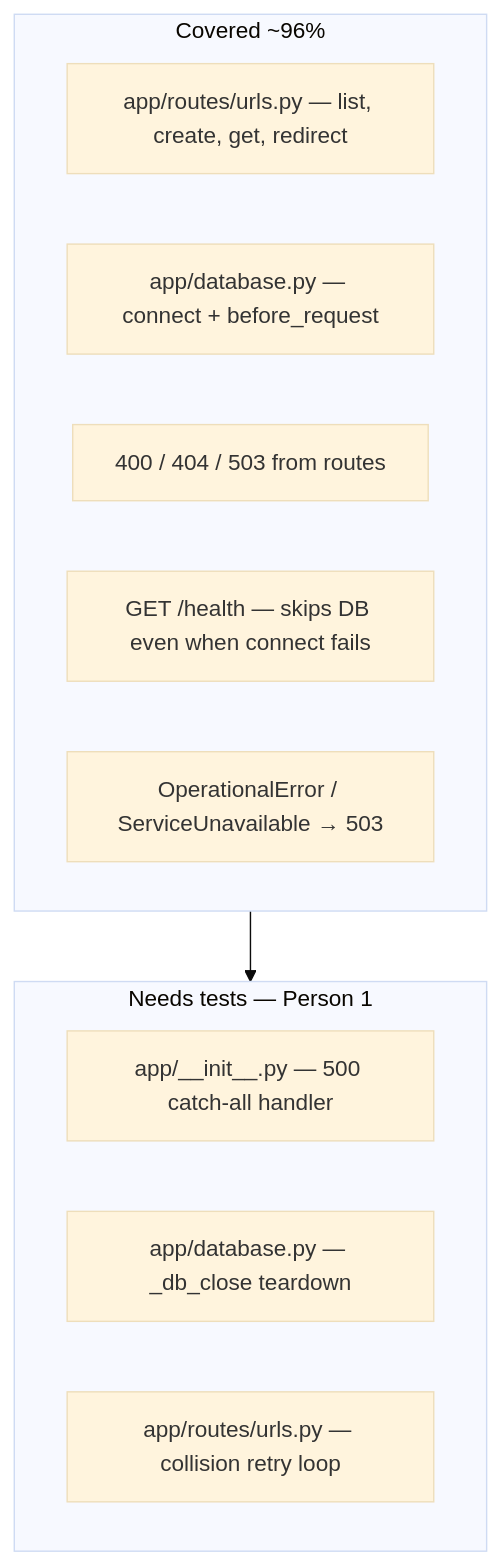
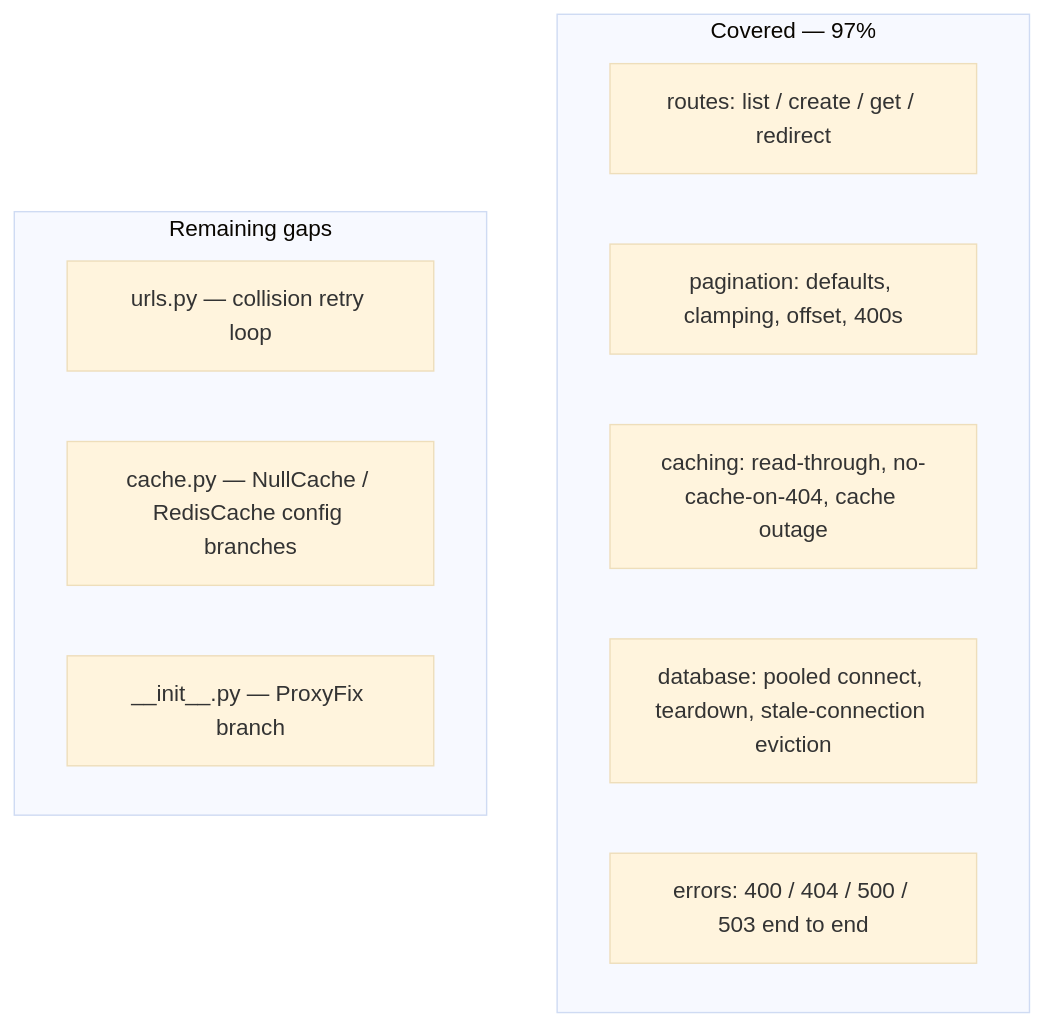
The diagram in docs/coverage-gaps-for-person-1.md (MartinLam12/PE-Hackathon-Template-2026), drawn with Mermaid (base theme) before and after one commit. The commit also changed other lines of this file and 5 other files, not shown here.

````diff
--- a/docs/coverage-gaps-for-person-1.md
+++ b/docs/coverage-gaps-for-person-1.md
@@ -7,18 +23,16 @@
 ```mermaid
 flowchart TB
-    subgraph covered [Covered ~96%]
-        Routes["app/routes/urls.py — list, create, get, redirect"]
-        DbConnect["app/database.py — connect + before_request"]
-        Handlers400["400 / 404 / 503 from routes"]
-        Health["GET /health — skips DB even when connect fails"]
-        OpError["OperationalError / ServiceUnavailable → 503"]
+    subgraph covered ["Covered — 97%"]
+        R["routes: list / create / get / redirect"]
+        P["pagination: defaults, clamping, offset, 400s"]
+        C["caching: read-through, no-cache-on-404, cache outage"]
+        D["database: pooled connect, teardown, stale-connection eviction"]
+        E["errors: 400 / 404 / 500 / 503 end to end"]
     end
 
-    subgraph gaps [Needs tests — Person 1]
-        G1["app/__init__.py — 500 catch-all handler"]
-        G2["app/database.py — _db_close teardown"]
-        G3["app/routes/urls.py — collision retry loop"]
+    subgraph gaps ["Remaining gaps"]
+        G1["urls.py — collision retry loop"]
+        G2["cache.py — NullCache / RedisCache config branches"]
+        G3["__init__.py — ProxyFix branch"]
     end
-
-    covered --> gaps
 ```
````
